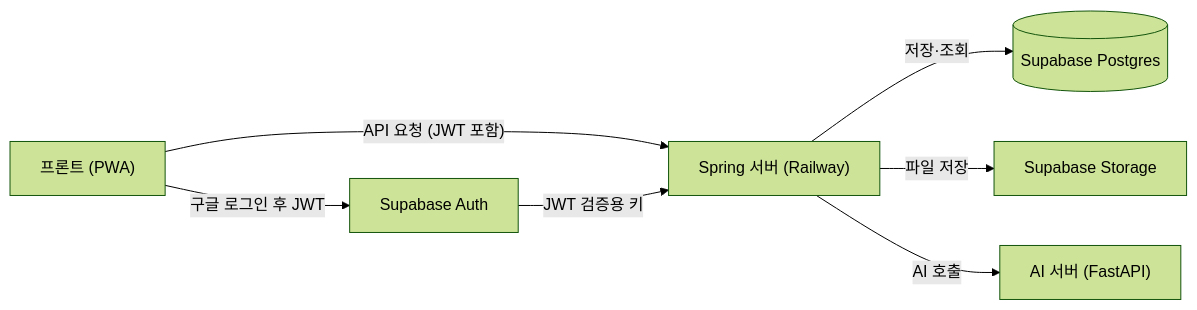
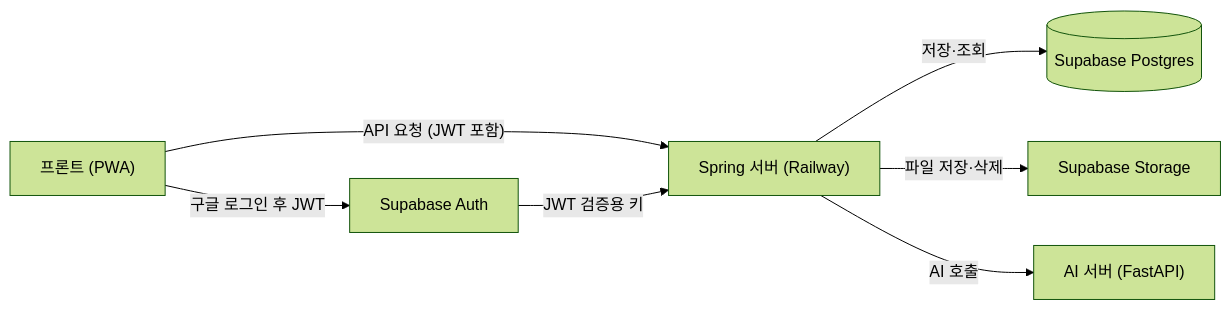
The diagram in docs/백엔드_개발_명세서.md (Subway-Line-1-Hackathon/commute-study-backend), drawn with Mermaid (forest theme) before and after one commit. The commit also changed other lines of this file, not shown here.

````diff
--- a/docs/백엔드_개발_명세서.md
+++ b/docs/백엔드_개발_명세서.md
@@ -33,9 +40,9 @@
 ```mermaid
 flowchart LR
     FE["프론트 (PWA)"] -->|"구글 로그인 후 JWT"| AUTH["Supabase Auth"]
     FE -->|"API 요청 (JWT 포함)"| BE["Spring 서버 (Railway)"]
     AUTH -->|"JWT 검증용 키"| BE
     BE -->|"저장·조회"| DB[("Supabase Postgres")]
-    BE -->|"파일 저장"| ST["Supabase Storage"]
+    BE -->|"파일 저장·삭제"| ST["Supabase Storage"]
     BE -->|"AI 호출"| AI["AI 서버 (FastAPI)"]
 ```
````
